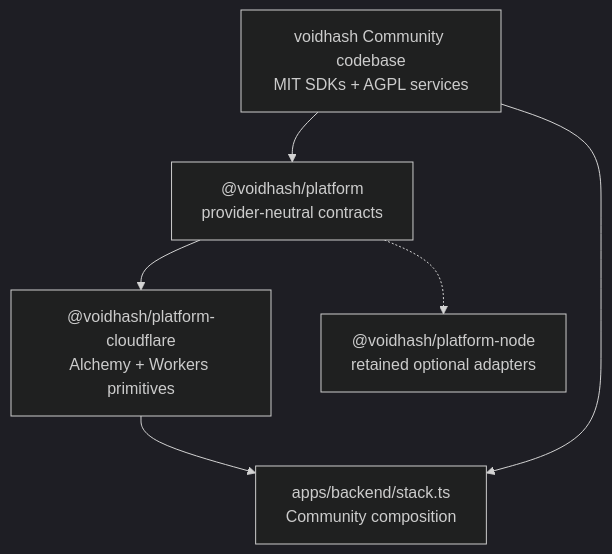
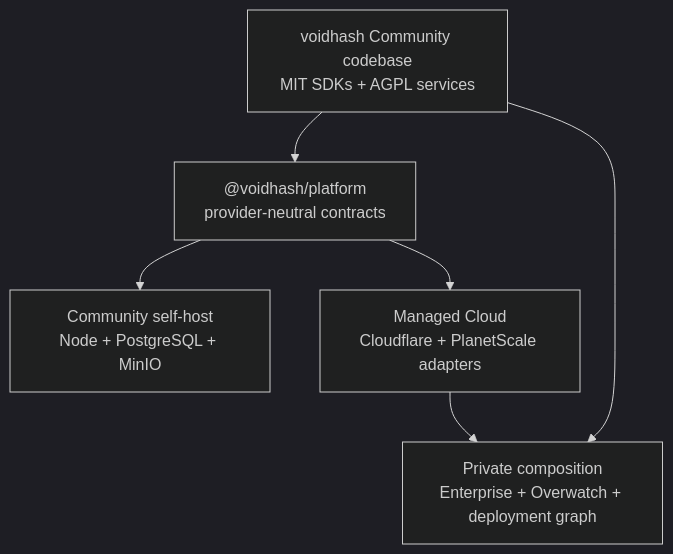
The diagram in docs/architecture.md (voidhashcom/voidhash), drawn with Mermaid (dark theme) before and after one commit. The commit also changed other lines of this file and 132 other files, not shown here.

````diff
--- a/docs/architecture.md
+++ b/docs/architecture.md
@@ -9,14 +10,14 @@
 ```mermaid
 flowchart TD
   Community["voidhash Community codebase<br/>MIT SDKs + AGPL services"]
   Platform["@voidhash/platform<br/>provider-neutral contracts"]
-  Cloud["@voidhash/platform-cloudflare<br/>Alchemy + Workers primitives"]
-  Deploy["apps/backend/stack.ts<br/>Community composition"]
-  Node["@voidhash/platform-node<br/>retained optional adapters"]
+  Node["Community self-host<br/>Node + PostgreSQL + MinIO"]
+  Cloud["Managed Cloud<br/>Cloudflare + PlanetScale adapters"]
+  Private["Private composition<br/>Enterprise + Overwatch + deployment graph"]
 
   Community --> Platform
+  Platform --> Node
   Platform --> Cloud
-  Platform -.-> Node
-  Cloud --> Deploy
-  Community --> Deploy
+  Community --> Private
+  Cloud --> Private
 ```
````
